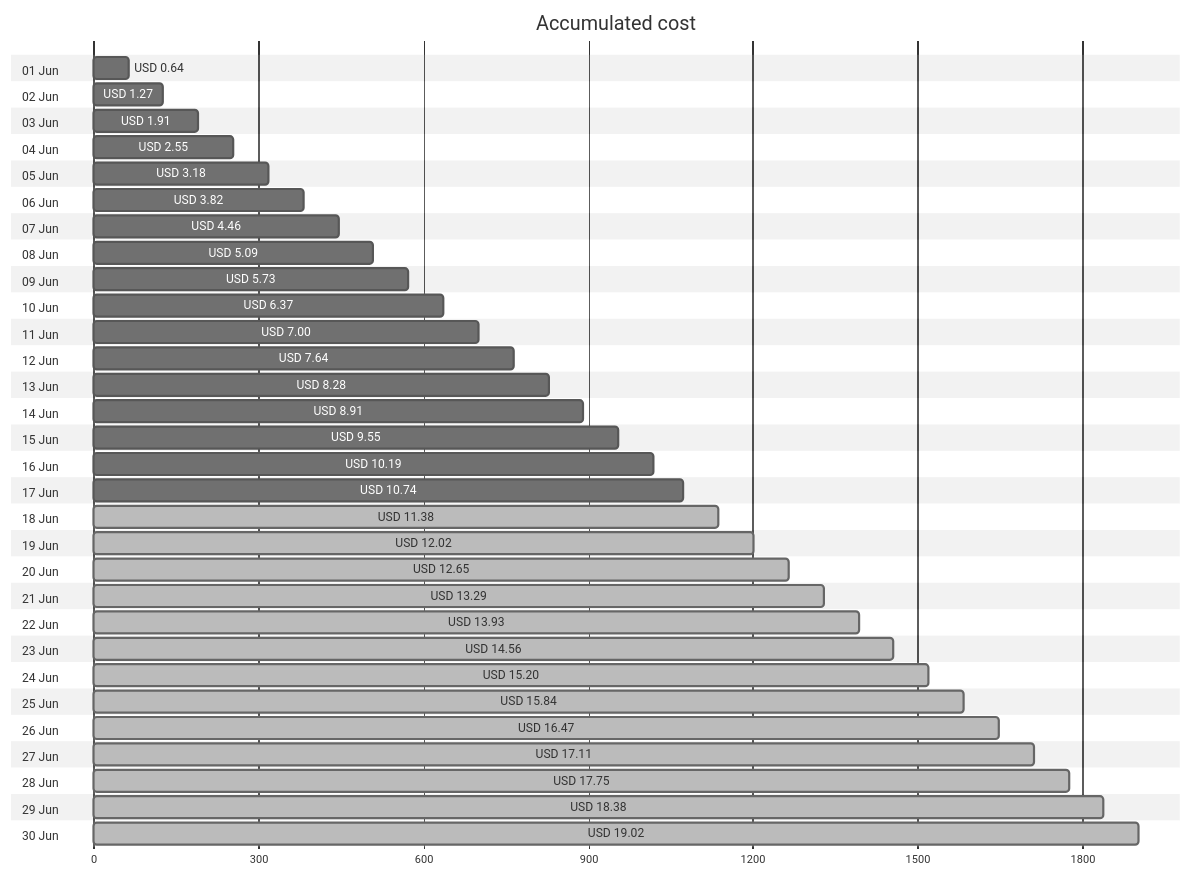
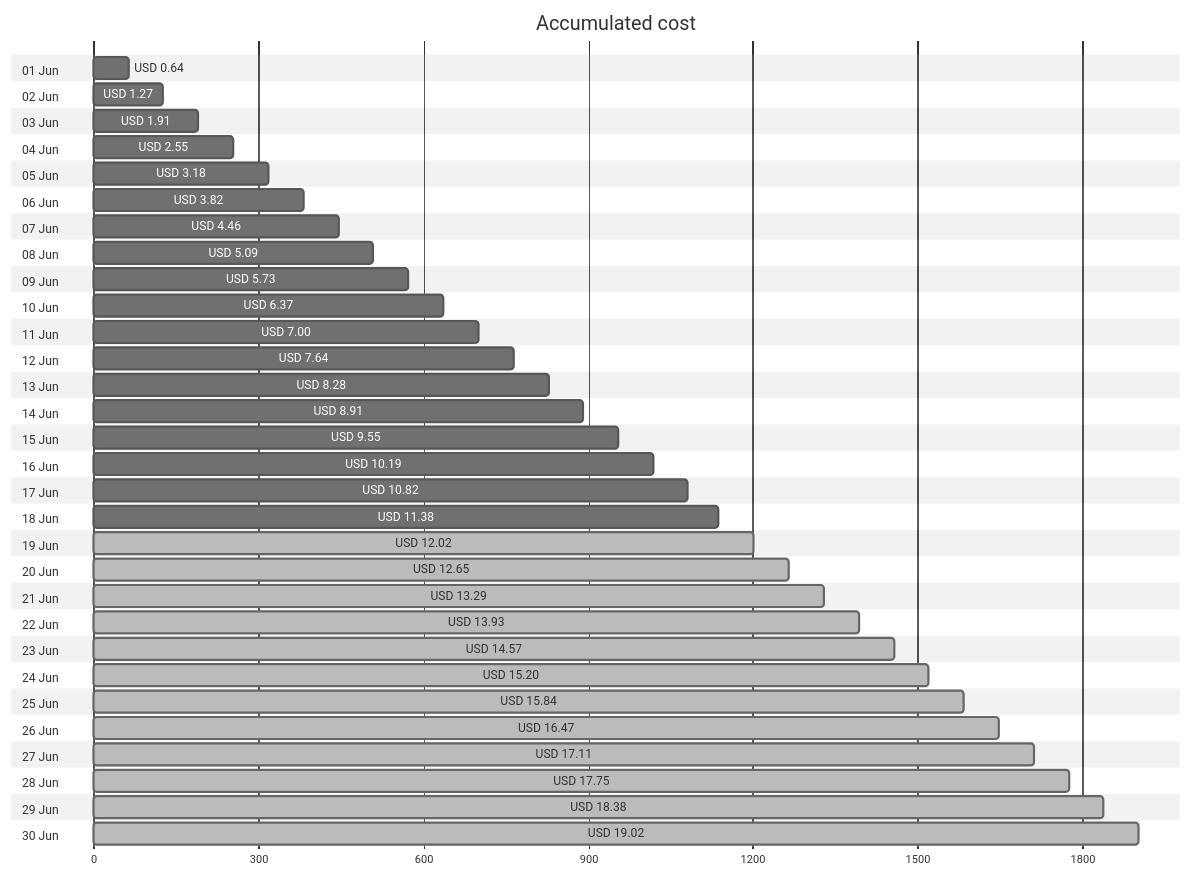
Before and after one commit to jpfulton/azure-personal-reports: the first of 4 diagrams in cost-reports/accumulated-cost.md, drawn with Mermaid (neutral theme). The commit also changed other lines of this file and 4 other files, not shown here.

````diff
--- a/cost-reports/accumulated-cost.md
+++ b/cost-reports/accumulated-cost.md
@@ -20,66 +20,66 @@
 ```mermaid
 gantt
    title Accumulated cost
    dateFormat  X
    axisFormat %s
    section 01 Jun
    USD 0.64 :0, 64
    section 02 Jun
    USD 1.27 :0, 127
    section 03 Jun
    USD 1.91 :0, 191
    section 04 Jun
    USD 2.55 :0, 255
    section 05 Jun
    USD 3.18 :0, 318
    section 06 Jun
    USD 3.82 :0, 382
    section 07 Jun
    USD 4.46 :0, 446
    section 08 Jun
    USD 5.09 :0, 509
    section 09 Jun
    USD 5.73 :0, 573
    section 10 Jun
    USD 6.37 :0, 637
    section 11 Jun
    USD 7.00 :0, 700
    section 12 Jun
    USD 7.64 :0, 764
    section 13 Jun
    USD 8.28 :0, 828
    section 14 Jun
    USD 8.91 :0, 891
    section 15 Jun
    USD 9.55 :0, 955
    section 16 Jun
    USD 10.19 :0, 1019
    section 17 Jun
-   USD 10.74 :0, 1074
+   USD 10.82 :0, 1082
    section 18 Jun
-   USD 11.38 : done, 0, 1138
+   USD 11.38 :0, 1138
    section 19 Jun
    USD 12.02 : done, 0, 1202
    section 20 Jun
    USD 12.65 : done, 0, 1265
    section 21 Jun
    USD 13.29 : done, 0, 1329
    section 22 Jun
    USD 13.93 : done, 0, 1393
    section 23 Jun
-   USD 14.56 : done, 0, 1456
+   USD 14.57 : done, 0, 1457
    section 24 Jun
    USD 15.20 : done, 0, 1520
    section 25 Jun
    USD 15.84 : done, 0, 1584
    section 26 Jun
    USD 16.47 : done, 0, 1647
    section 27 Jun
    USD 17.11 : done, 0, 1711
    section 28 Jun
    USD 17.75 : done, 0, 1775
    section 29 Jun
    USD 18.38 : done, 0, 1838
    section 30 Jun
    USD 19.02 : done, 0, 1902
 ```
````
